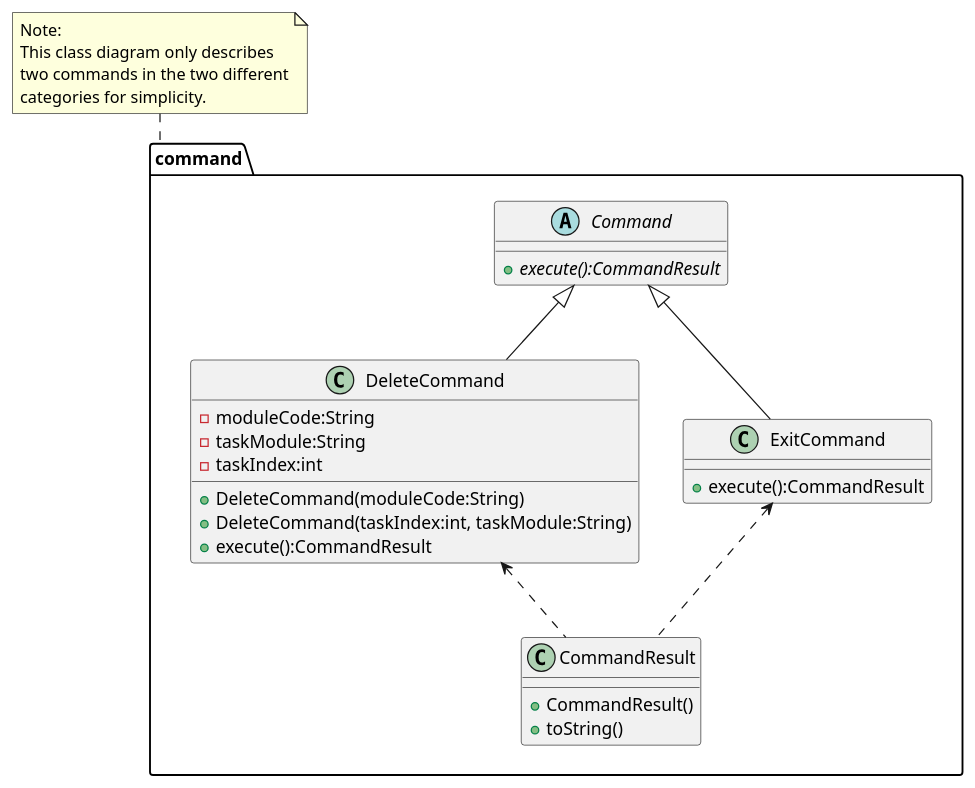
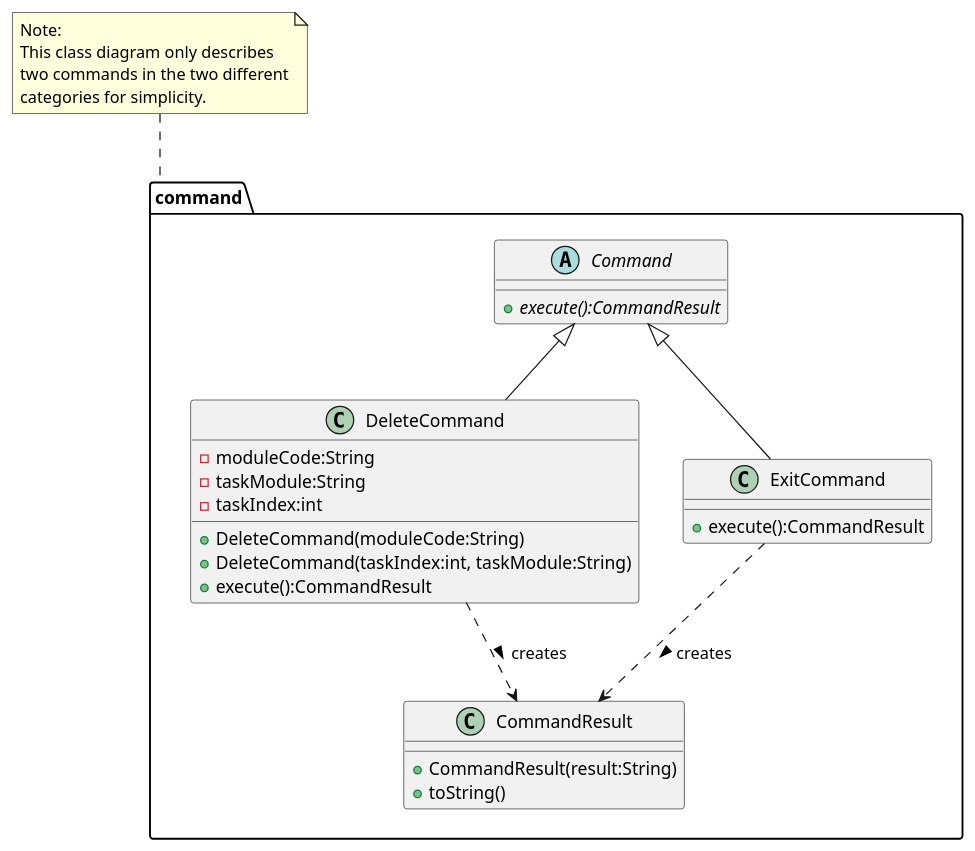
One commit to nus-cs2113-AY2122S2/tp changed the diagram in docs/CommandClassDiagram.puml. Above: the diagram before and after it, drawn with PlantUML.

Commit message:
Update DG Command Diagram

```diff
--- a/docs/CommandClassDiagram.puml
+++ b/docs/CommandClassDiagram.puml
@@ -1,43 +1,42 @@
 @startuml
 'https://plantuml.com/class-diagram
 package command {
     abstract class Command
     class DeleteCommand
 
     Command <|-- DeleteCommand
     Command <|-- ExitCommand
-    DeleteCommand <.. CommandResult
-    ExitCommand <.. CommandResult
+    DeleteCommand ..> CommandResult :creates >
+    ExitCommand ..> CommandResult :creates >
 
     abstract class Command {
         +execute():CommandResult {abstract}
     }
 
     class DeleteCommand {
     -moduleCode:String
     -taskModule:String
     -taskIndex:int
     +DeleteCommand(moduleCode:String)
     +DeleteCommand(taskIndex:int, taskModule:String)
     +execute():CommandResult
     }
 
-
     class ExitCommand {
     +execute():CommandResult
     }
 
     class CommandResult {
-    +CommandResult()
+    +CommandResult(result:String)
     +toString()
     }
 }
 
 note top of command
 Note:
 This class diagram only describes
 two commands in the two different
 categories for simplicity.
 end note
 
 @enduml
```
